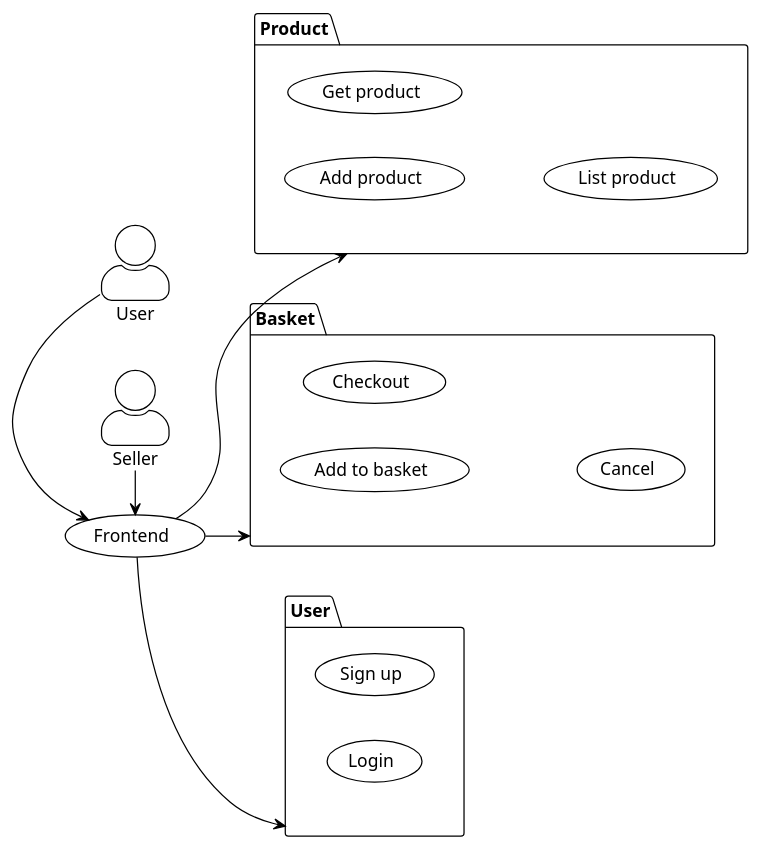
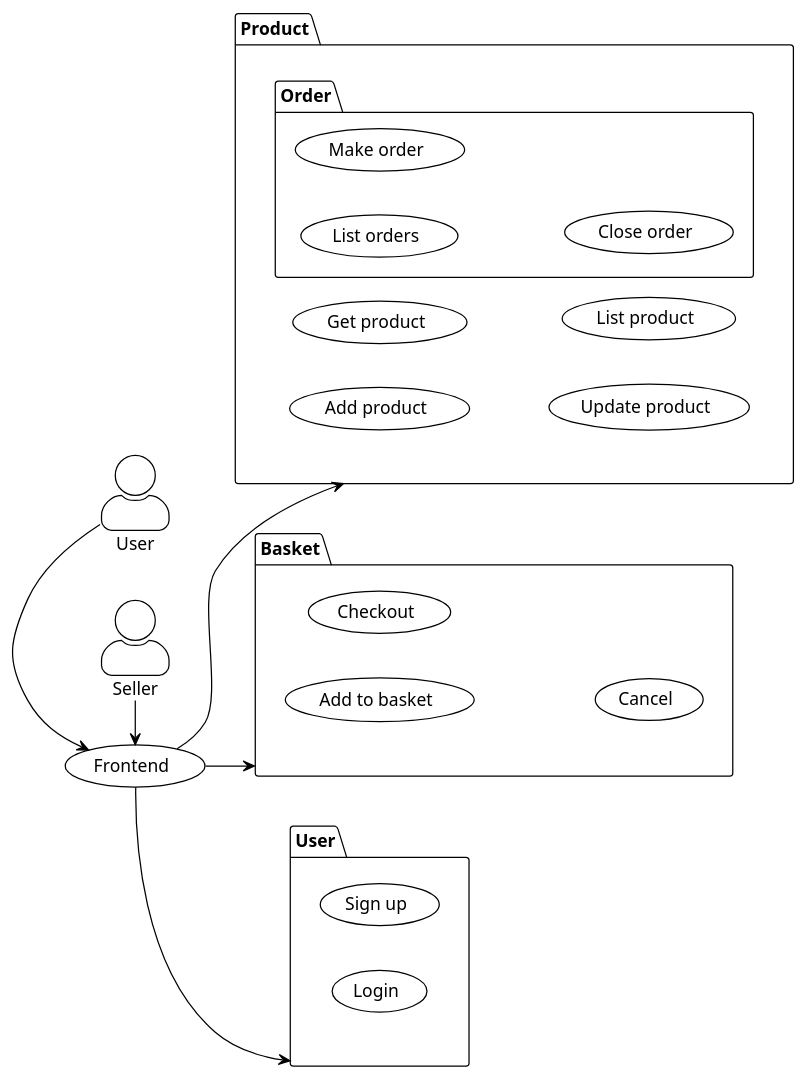
One commit to overmesgit/awesomeSql changed the diagram in plan.puml. Above: the diagram before and after it, drawn with PlantUML. The commit also changed 13 other files, not shown here.

```diff
--- a/plan.puml
+++ b/plan.puml
@@ -1,34 +1,41 @@
 @startuml
 skinparam actorStyle awesome
 !theme plain
 left to right direction
 
 :User: as user
 :Seller: as seller
 
 user -> (Frontend)
 
 (Frontend) -d-> Product
 (Frontend) -d-> Basket
 (Frontend) -d-> User
 
 seller -> (Frontend)
 
 package User {
   (Sign up)
   (Login)
 }
 
 package Product {
   (Add product)
   (Get product)
+  (Update product)
   (List product)
+
+  package Order {
+    (List orders)
+    (Make order)
+    (Close order)
+  }
 }
 
 package Basket {
   (Add to basket)
   (Checkout)
   (Cancel)
 }
 
 @enduml
```
